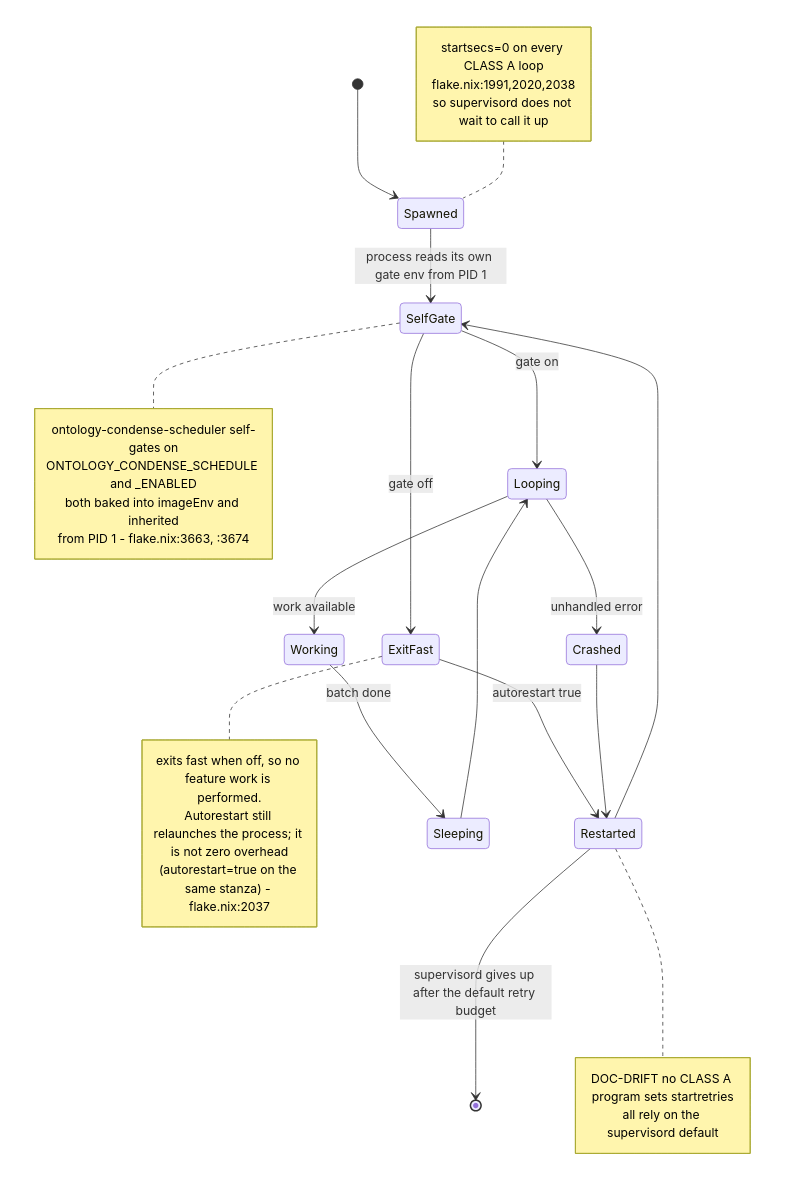
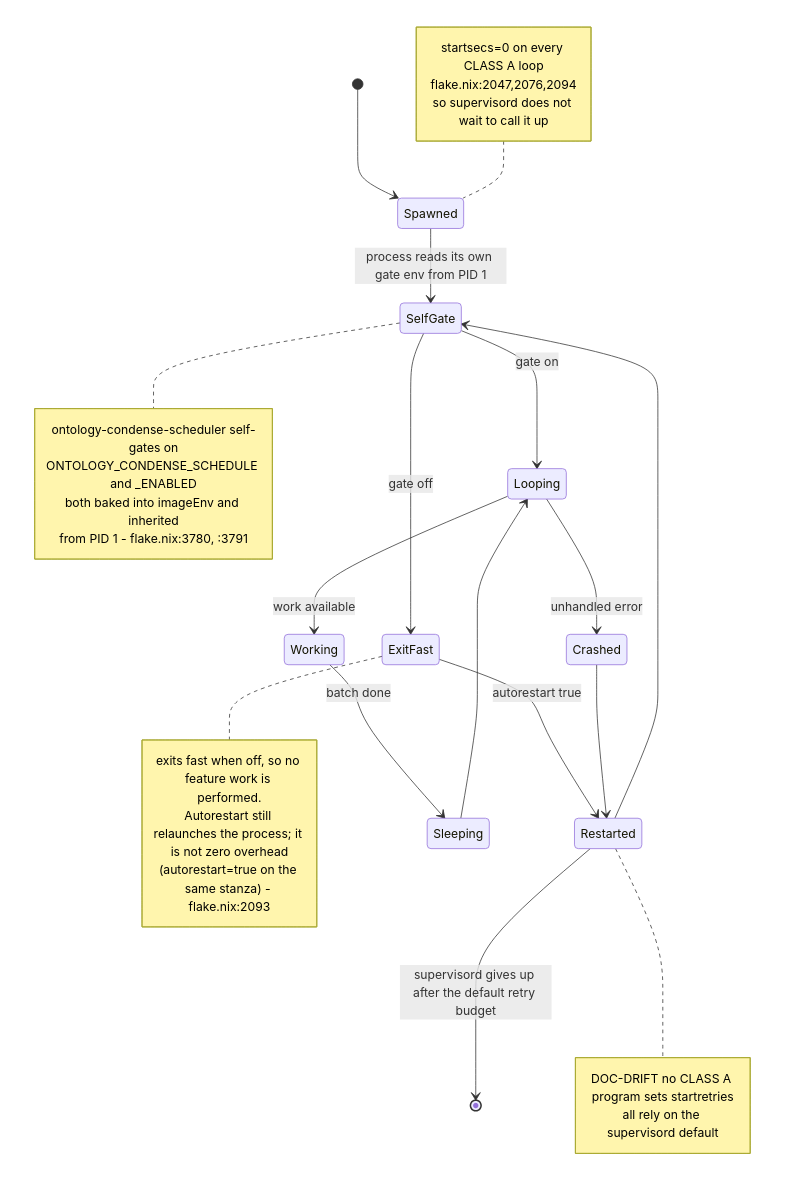
Before and after one commit to DreamLab-AI/VisionFlow: the second of 11 diagrams in docs/diagrams/agentbox/07-daemons-reapers-cron-backups.md, drawn with Mermaid. The commit also changed other lines of this file and 94 other files, not shown here.

First line of the commit message:
docs(diagrams): re-verify 130 topics against 2 October HEADs

````diff
--- a/docs/diagrams/agentbox/07-daemons-reapers-cron-backups.md
+++ b/docs/diagrams/agentbox/07-daemons-reapers-cron-backups.md
@@ -48,36 +48,36 @@
 ```mermaid
 stateDiagram-v2
     [*] --> Spawned
     Spawned --> SelfGate: process reads its own gate env from PID 1
     SelfGate --> ExitFast: gate off
     SelfGate --> Looping: gate on
     ExitFast --> Restarted: autorestart true
     Restarted --> SelfGate
     Looping --> Working: work available
     Working --> Sleeping: batch done
     Sleeping --> Looping
     Looping --> Crashed: unhandled error
     Crashed --> Restarted
     Restarted --> [*]: supervisord gives up after the default retry budget
 
     note right of SelfGate
         ontology-condense-scheduler self-gates on
         ONTOLOGY_CONDENSE_SCHEDULE and _ENABLED
         both baked into imageEnv and inherited
-        from PID 1 - flake.nix:3663, :3674
+        from PID 1 - flake.nix:3780, :3791
     end note
     note right of ExitFast
         exits fast when off, so no feature work is performed.
         Autorestart still relaunches the process; it is not zero overhead
-        (autorestart=true on the same stanza) - flake.nix:2037
+        (autorestart=true on the same stanza) - flake.nix:2093
     end note
     note left of Spawned
         startsecs=0 on every CLASS A loop
-        flake.nix:1991,2020,2038
+        flake.nix:2047,2076,2094
         so supervisord does not wait to call it up
     end note
     note right of Restarted
         DOC-DRIFT no CLASS A program sets startretries
         all rely on the supervisord default
     end note
 ```
````
